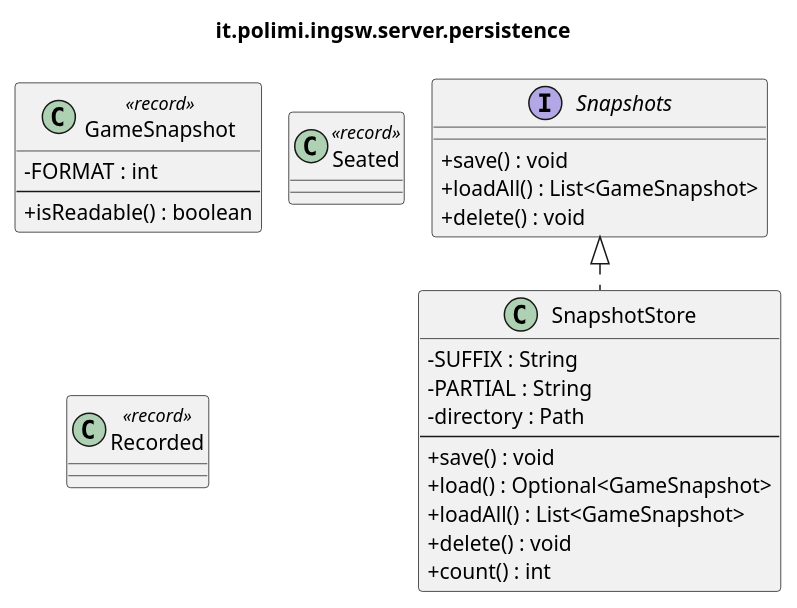
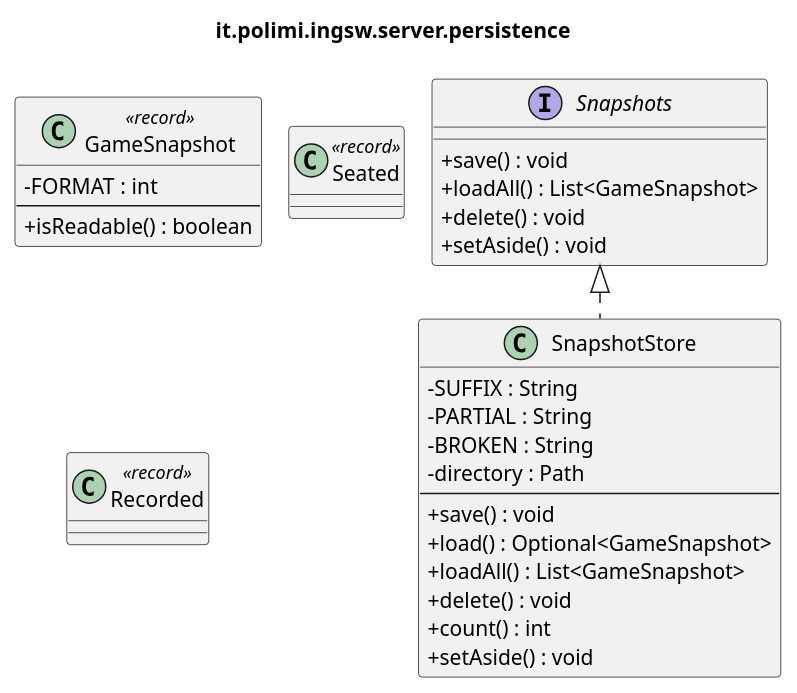
Before and after one commit to samuelesegrini/ing-sw-2025-segrini-terribile-varricchio-zanca: the diagram in docs/uml/detailed/server-persistence.puml, drawn with PlantUML. The commit also changed 8 other files, not shown here.

```diff
--- a/docs/uml/detailed/server-persistence.puml
+++ b/docs/uml/detailed/server-persistence.puml
@@ -1,35 +1,38 @@
 @startuml it_polimi_ingsw_server_persistence
 ' Generated by tools/uml/generate-detailed.py. Do not edit by hand.
 !pragma layout smetana
 skinparam shadowing false
 skinparam classAttributeIconSize 0
 title it.polimi.ingsw.server.persistence
 
 class GameSnapshot <<record>> {
   -FORMAT : int
   --
   +isReadable() : boolean
 }
 class Seated <<record>> {
 }
 class Recorded <<record>> {
 }
 class SnapshotStore {
   -SUFFIX : String
   -PARTIAL : String
+  -BROKEN : String
   -directory : Path
   --
   +save() : void
   +load() : Optional<GameSnapshot>
   +loadAll() : List<GameSnapshot>
   +delete() : void
   +count() : int
+  +setAside() : void
 }
 interface Snapshots {
   +save() : void
   +loadAll() : List<GameSnapshot>
   +delete() : void
+  +setAside() : void
 }
 
 Snapshots <|.. SnapshotStore
 @enduml
```
